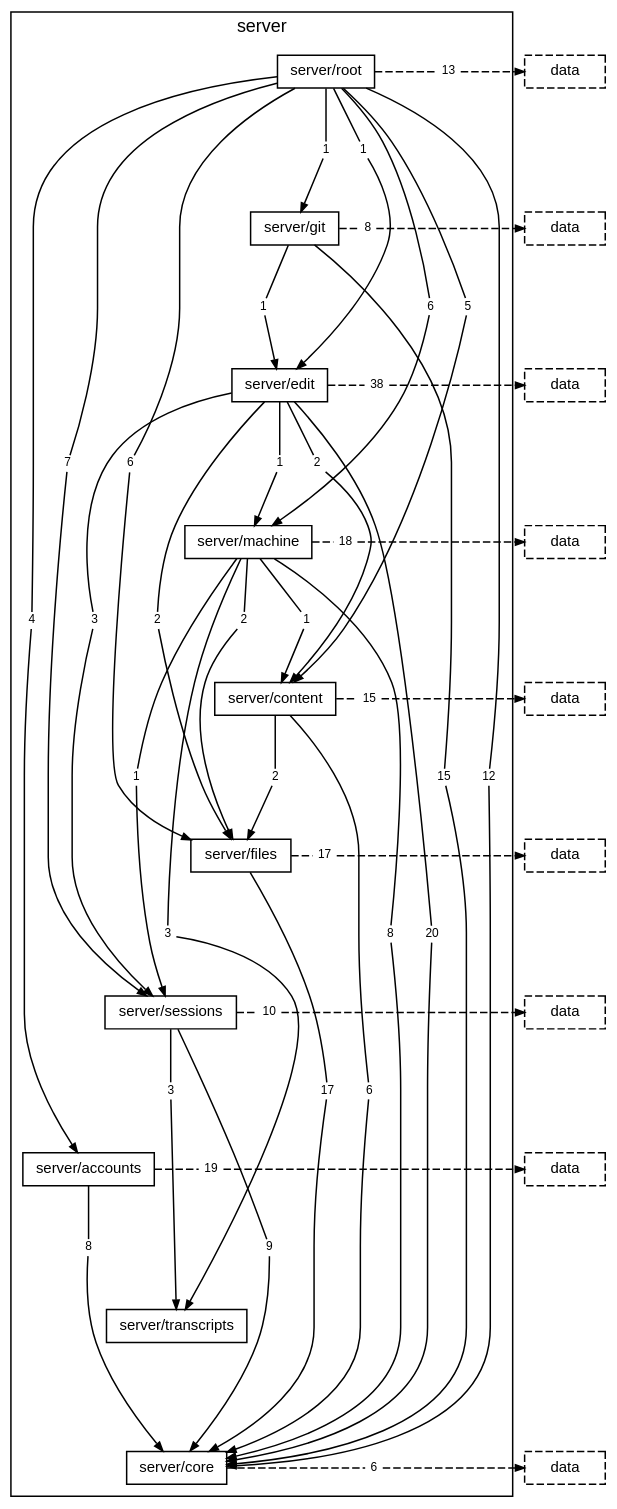
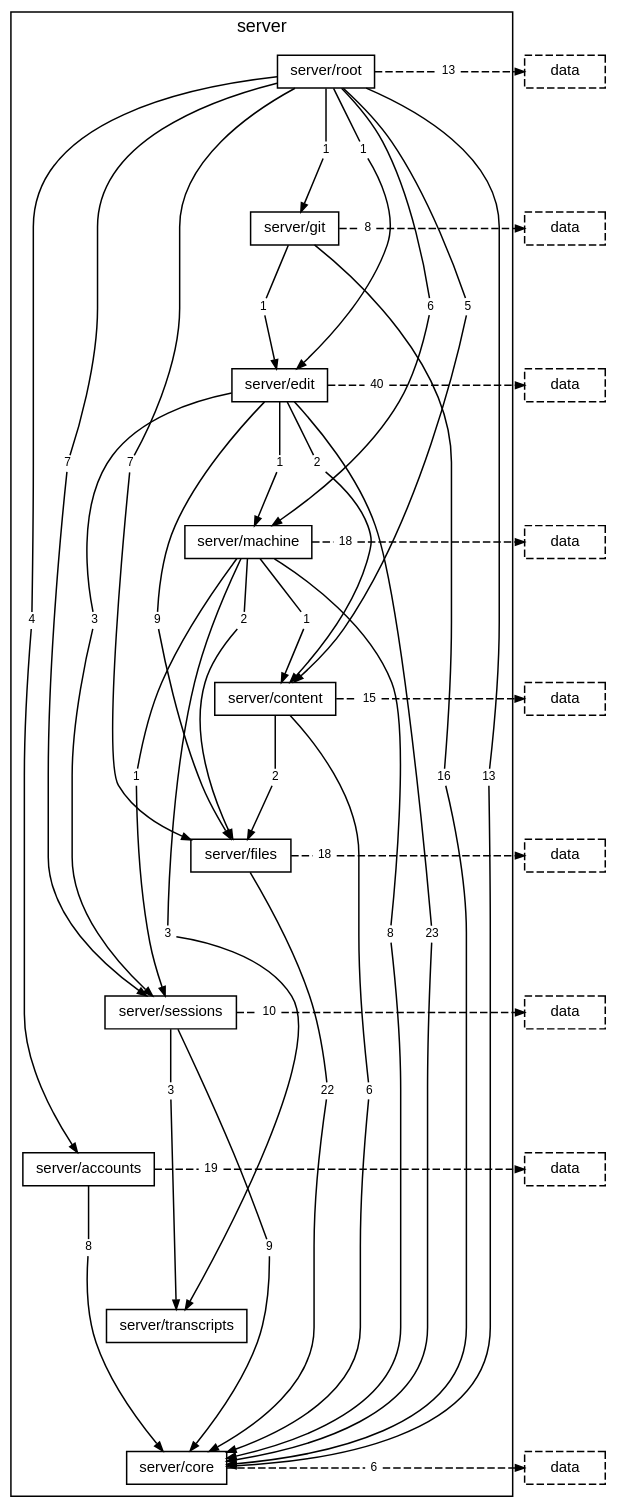
One commit to TheAxeC/oculus changed the diagram in docs/diagrams/layer-server.dot. Above: the diagram before and after it, drawn with Graphviz. The commit also changed 303 other files, not shown here.

```diff
--- a/docs/diagrams/layer-server.dot
+++ b/docs/diagrams/layer-server.dot
@@ -16,22 +16,22 @@
         "folder server/core" [label="server/core"];
         "folder server/root to folder server/accounts" [label="4", shape=box, color="transparent", fontsize=8, width=0, height=0, margin="0.04,0.02"];
         "folder server/root to folder server/content" [label="5", shape=box, color="transparent", fontsize=8, width=0, height=0, margin="0.04,0.02"];
-        "folder server/root to folder server/core" [label="12", shape=box, color="transparent", fontsize=8, width=0, height=0, margin="0.04,0.02"];
+        "folder server/root to folder server/core" [label="13", shape=box, color="transparent", fontsize=8, width=0, height=0, margin="0.04,0.02"];
         "folder server/root to folder server/edit" [label="1", shape=box, color="transparent", fontsize=8, width=0, height=0, margin="0.04,0.02"];
-        "folder server/root to folder server/files" [label="6", shape=box, color="transparent", fontsize=8, width=0, height=0, margin="0.04,0.02"];
+        "folder server/root to folder server/files" [label="7", shape=box, color="transparent", fontsize=8, width=0, height=0, margin="0.04,0.02"];
         "folder server/root to folder server/git" [label="1", shape=box, color="transparent", fontsize=8, width=0, height=0, margin="0.04,0.02"];
         "folder server/root to folder server/machine" [label="6", shape=box, color="transparent", fontsize=8, width=0, height=0, margin="0.04,0.02"];
         "folder server/root to folder server/sessions" [label="7", shape=box, color="transparent", fontsize=8, width=0, height=0, margin="0.04,0.02"];
         "folder server/root to layer data" [label="13", shape=box, color="transparent", fontsize=8, width=0, height=0, margin="0.04,0.02"];
-        "folder server/git to folder server/core" [label="15", shape=box, color="transparent", fontsize=8, width=0, height=0, margin="0.04,0.02"];
+        "folder server/git to folder server/core" [label="16", shape=box, color="transparent", fontsize=8, width=0, height=0, margin="0.04,0.02"];
         "folder server/git to folder server/edit" [label="1", shape=box, color="transparent", fontsize=8, width=0, height=0, margin="0.04,0.02"];
         "folder server/git to layer data" [label="8", shape=box, color="transparent", fontsize=8, width=0, height=0, margin="0.04,0.02"];
         "folder server/edit to folder server/content" [label="2", shape=box, color="transparent", fontsize=8, width=0, height=0, margin="0.04,0.02"];
-        "folder server/edit to folder server/core" [label="20", shape=box, color="transparent", fontsize=8, width=0, height=0, margin="0.04,0.02"];
-        "folder server/edit to folder server/files" [label="2", shape=box, color="transparent", fontsize=8, width=0, height=0, margin="0.04,0.02"];
+        "folder server/edit to folder server/core" [label="23", shape=box, color="transparent", fontsize=8, width=0, height=0, margin="0.04,0.02"];
+        "folder server/edit to folder server/files" [label="9", shape=box, color="transparent", fontsize=8, width=0, height=0, margin="0.04,0.02"];
         "folder server/edit to folder server/machine" [label="1", shape=box, color="transparent", fontsize=8, width=0, height=0, margin="0.04,0.02"];
         "folder server/edit to folder server/sessions" [label="3", shape=box, color="transparent", fontsize=8, width=0, height=0, margin="0.04,0.02"];
-        "folder server/edit to layer data" [label="38", shape=box, color="transparent", fontsize=8, width=0, height=0, margin="0.04,0.02"];
+        "folder server/edit to layer data" [label="40", shape=box, color="transparent", fontsize=8, width=0, height=0, margin="0.04,0.02"];
         "folder server/machine to folder server/content" [label="1", shape=box, color="transparent", fontsize=8, width=0, height=0, margin="0.04,0.02"];
         "folder server/machine to folder server/core" [label="8", shape=box, color="transparent", fontsize=8, width=0, height=0, margin="0.04,0.02"];
         "folder server/machine to folder server/files" [label="2", shape=box, color="transparent", fontsize=8, width=0, height=0, margin="0.04,0.02"];
@@ -41,8 +41,8 @@
         "folder server/content to folder server/core" [label="6", shape=box, color="transparent", fontsize=8, width=0, height=0, margin="0.04,0.02"];
         "folder server/content to folder server/files" [label="2", shape=box, color="transparent", fontsize=8, width=0, height=0, margin="0.04,0.02"];
         "folder server/content to layer data" [label="15", shape=box, color="transparent", fontsize=8, width=0, height=0, margin="0.04,0.02"];
-        "folder server/files to folder server/core" [label="17", shape=box, color="transparent", fontsize=8, width=0, height=0, margin="0.04,0.02"];
-        "folder server/files to layer data" [label="17", shape=box, color="transparent", fontsize=8, width=0, height=0, margin="0.04,0.02"];
+        "folder server/files to folder server/core" [label="22", shape=box, color="transparent", fontsize=8, width=0, height=0, margin="0.04,0.02"];
+        "folder server/files to layer data" [label="18", shape=box, color="transparent", fontsize=8, width=0, height=0, margin="0.04,0.02"];
         "folder server/sessions to folder server/core" [label="9", shape=box, color="transparent", fontsize=8, width=0, height=0, margin="0.04,0.02"];
         "folder server/sessions to folder server/transcripts" [label="3", shape=box, color="transparent", fontsize=8, width=0, height=0, margin="0.04,0.02"];
         "folder server/sessions to layer data" [label="10", shape=box, color="transparent", fontsize=8, width=0, height=0, margin="0.04,0.02"];
```
